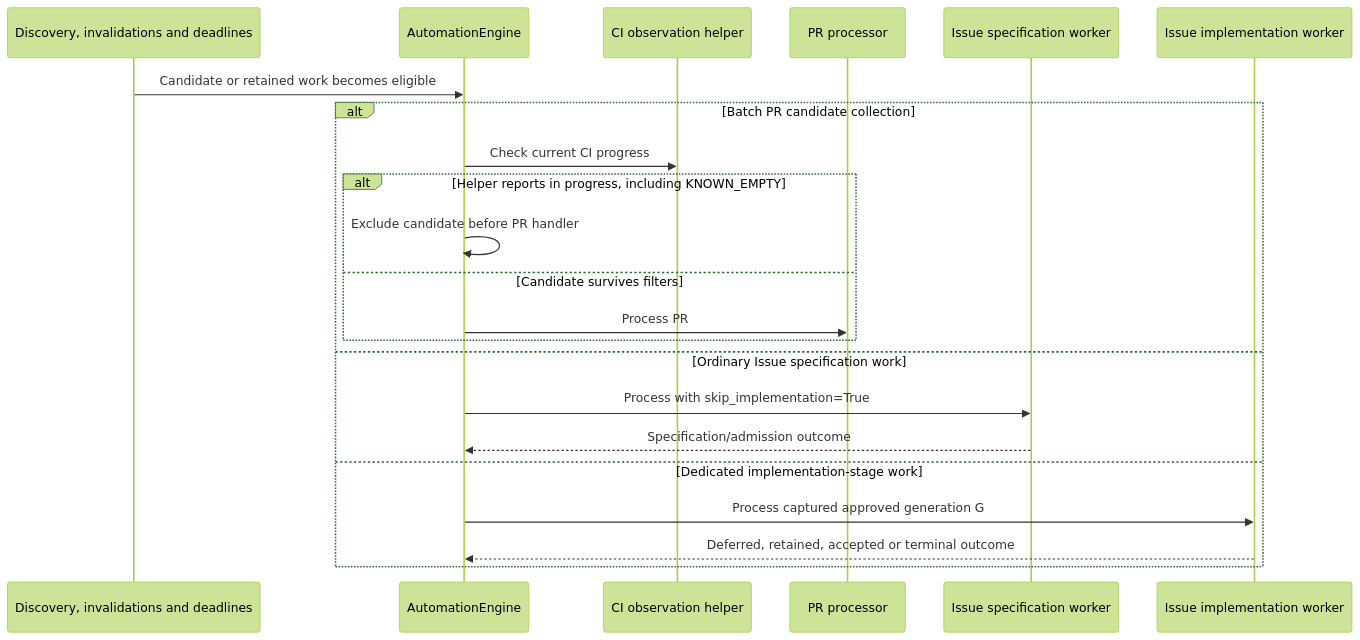
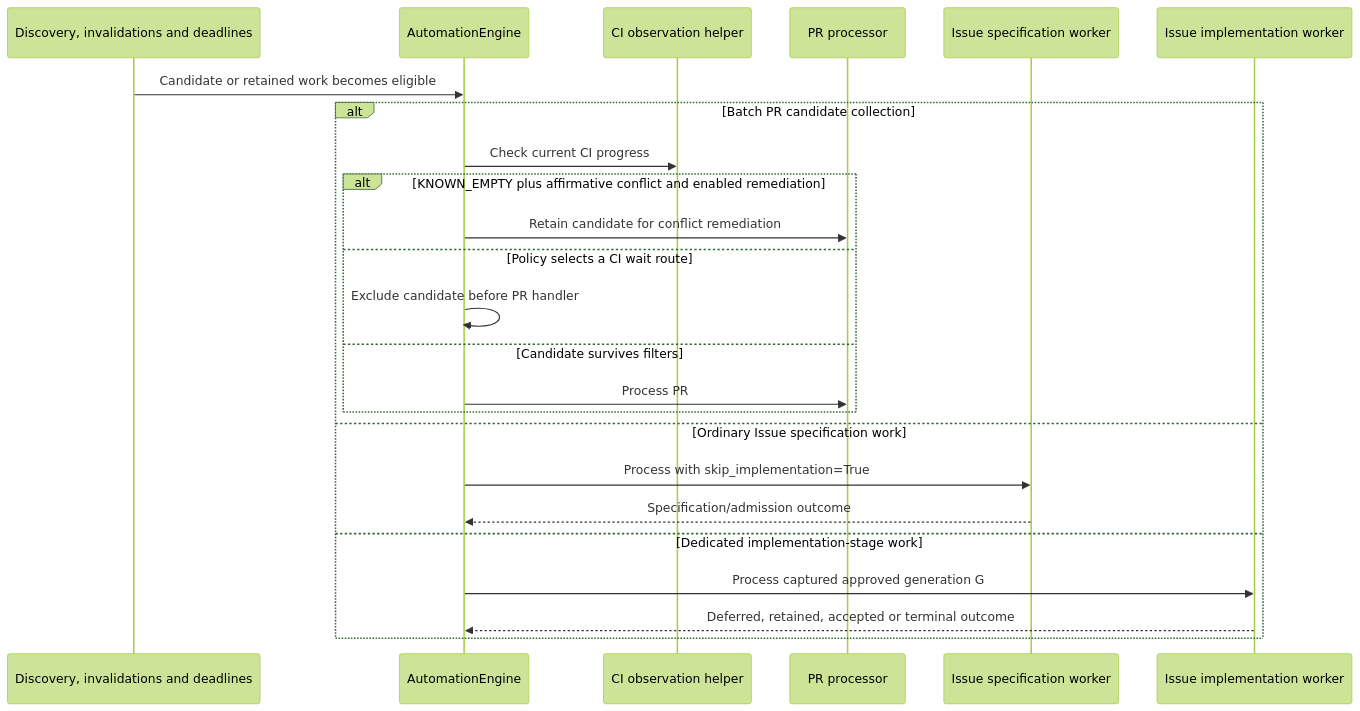
Before and after one commit to kitamura-tetsuo/auto-coder: the second of 3 diagrams in docs/architecture/as-is/engine-and-issues.md, drawn with Mermaid (forest theme). The commit also changed other lines of this file and 13 other files, not shown here.

````diff
--- a/docs/architecture/as-is/engine-and-issues.md
+++ b/docs/architecture/as-is/engine-and-issues.md
@@ -32,24 +32,26 @@
 ```mermaid
 sequenceDiagram
     participant Q as Discovery, invalidations and deadlines
     participant E as AutomationEngine
     participant C as CI observation helper
     participant P as PR processor
     participant S as Issue specification worker
     participant I as Issue implementation worker
     Q->>E: Candidate or retained work becomes eligible
     alt Batch PR candidate collection
         E->>C: Check current CI progress
-        alt Helper reports in progress, including KNOWN_EMPTY
+        alt KNOWN_EMPTY plus affirmative conflict and enabled remediation
+            E->>P: Retain candidate for conflict remediation
+        else Policy selects a CI wait route
             E->>E: Exclude candidate before PR handler
         else Candidate survives filters
             E->>P: Process PR
         end
     else Ordinary Issue specification work
         E->>S: Process with skip_implementation=True
         S-->>E: Specification/admission outcome
     else Dedicated implementation-stage work
         E->>I: Process captured approved generation G
         I-->>E: Deferred, retained, accepted or terminal outcome
     end
 ```
````
